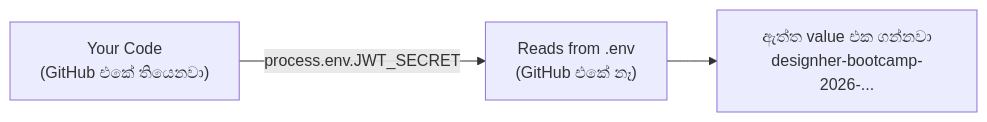
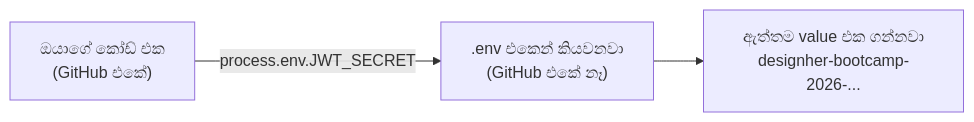
One commit to Nimsika-Bosilu/designHer_2.0-Student-Attendance-Management-System changed the ninth of 33 diagrams in backend/sinhala-translation-document/README.md. Above: the diagram before and after it, drawn with Mermaid. The commit also changed other lines of this file and 28 other files, not shown here.

````diff
--- a/backend/sinhala-translation-document/README.md
+++ b/backend/sinhala-translation-document/README.md
@@ -283,5 +425,5 @@
 ```mermaid
 flowchart LR
-    A["Your Code\n(GitHub එකේ තියෙනවා)"] -->|"process.env.JWT_SECRET"| B["Reads from .env\n(GitHub එකේ නෑ)"]
-    B --> C["ඇත්ත value එක ගන්නවා\ndesignher-bootcamp-2026-..."]
+    A["ඔයාගේ කෝඩ් එක\n(GitHub එකේ)"] -->|"process.env.JWT_SECRET"| B[".env එකෙන් කියවනවා\n(GitHub එකේ නෑ)"]
+    B --> C["ඇත්තම value එක ගන්නවා\ndesignher-bootcamp-2026-..."]
 ```
````
